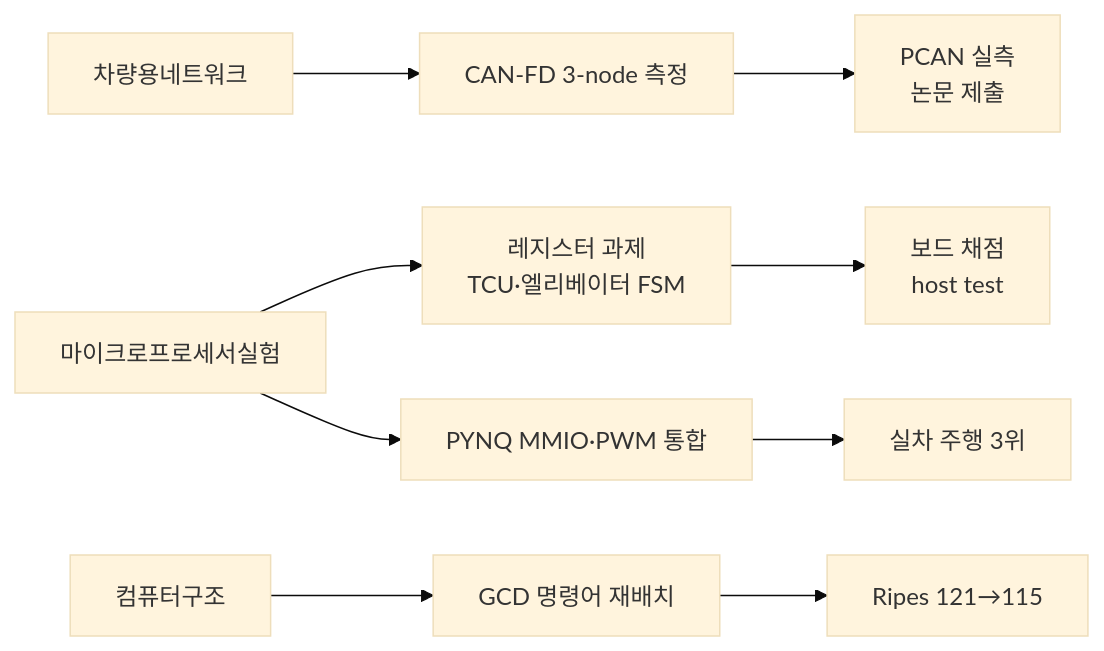
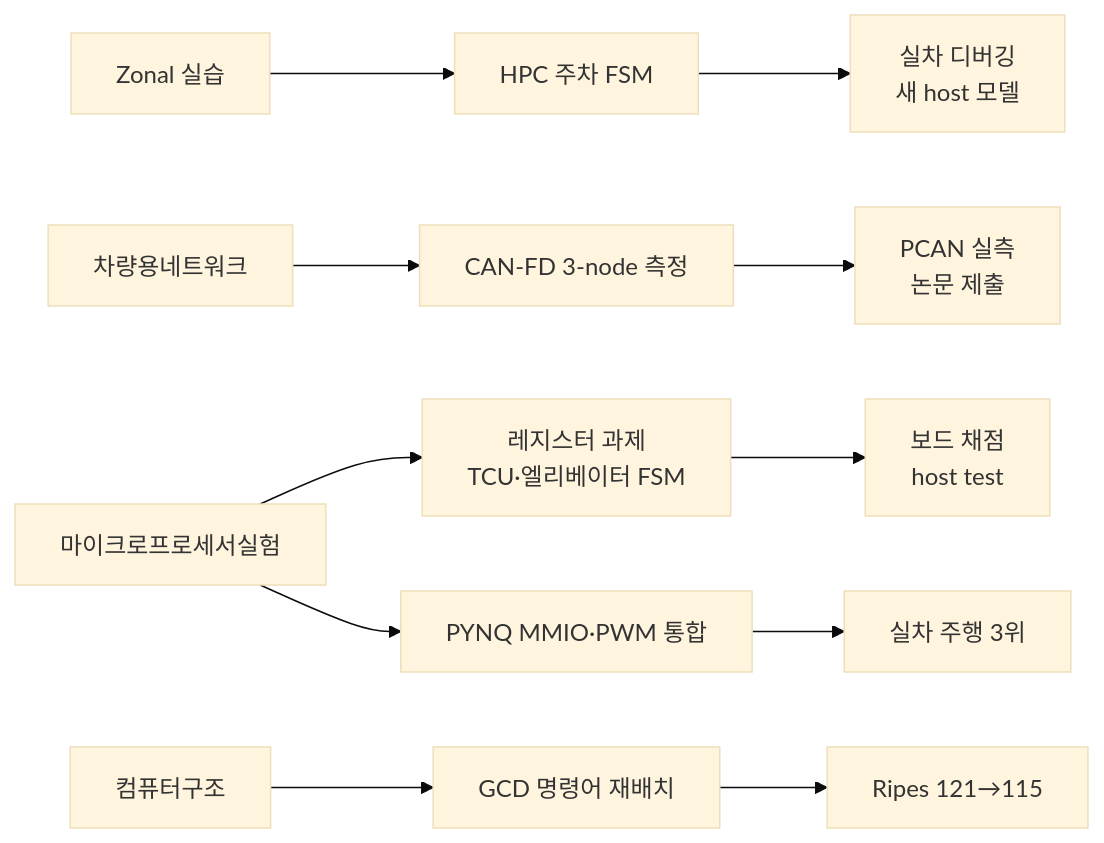
The diagram in README.md (choiYhunn/choiYhunn), drawn with Mermaid (base theme) before and after one commit. The commit also changed other lines of this file and 11 other files, not shown here.

First line of the commit message:
Restore Zonal HPC contribution and publish revised technical notes (#17)

````diff
--- a/README.md
+++ b/README.md
@@ -43,7 +44,8 @@
 ```mermaid
 flowchart LR
+    ZE["Zonal 실습"] --> HP["HPC 주차 FSM"] --> HV["실차 디버깅<br/>새 host 모델"]
     VN["차량용네트워크"] --> CF["CAN-FD 3-node 측정"] --> CFV["PCAN 실측<br/>논문 제출"]
     ML["마이크로프로세서실험"] --> WL["레지스터 과제<br/>TCU·엘리베이터 FSM"] --> WLV["보드 채점<br/>host test"]
     ML --> PQ["PYNQ MMIO·PWM 통합"] --> PQV["실차 주행 3위"]
     CA["컴퓨터구조"] --> RV["GCD 명령어 재배치"] --> RVV["Ripes 121→115"]
 ```
````
